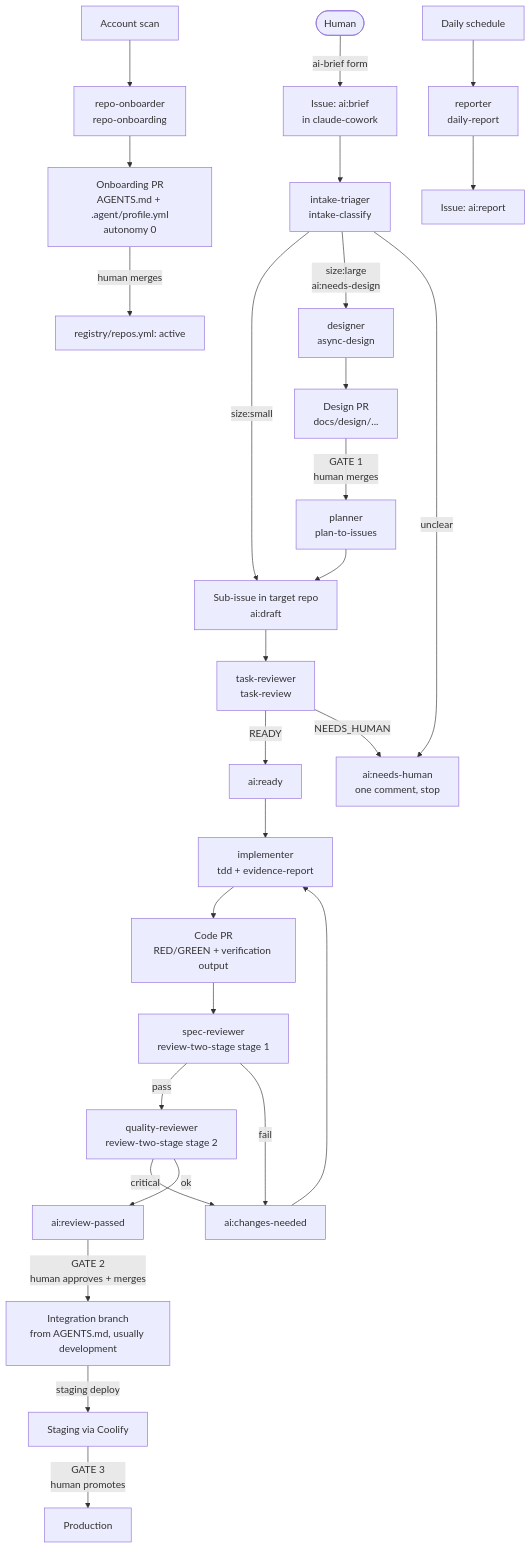
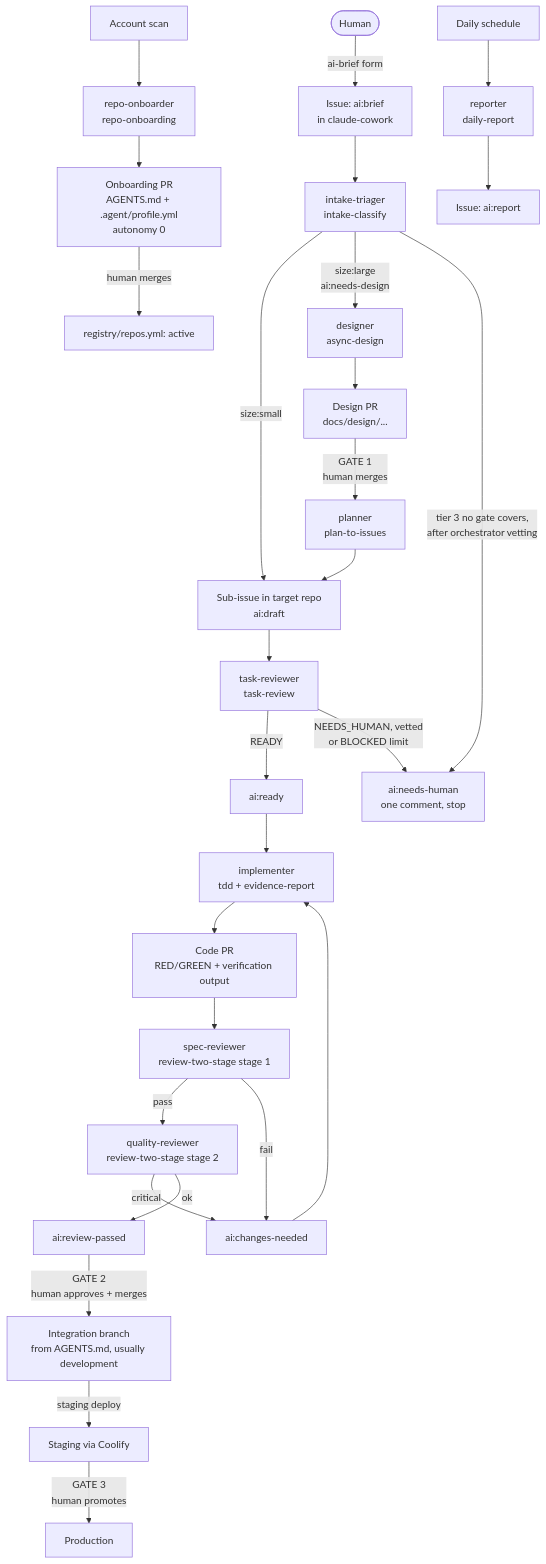
One commit to altaprimadev/claude-cowork changed the diagram in docs/architecture.md. Above: the diagram before and after it, drawn with Mermaid. The commit also changed 5 other files, not shown here.

````diff
--- a/docs/architecture.md
+++ b/docs/architecture.md
@@ -41,32 +41,32 @@
 ```mermaid
 flowchart TD
     H([Human]) -->|ai-brief form| B[Issue: ai:brief<br/>in claude-cowork]
     B --> T[intake-triager<br/>intake-classify]
     T -->|size:small| DR[Sub-issue in target repo<br/>ai:draft]
     T -->|size:large<br/>ai:needs-design| D[designer<br/>async-design]
-    T -->|unclear| NH[ai:needs-human<br/>one comment, stop]
+    T -->|tier 3 no gate covers,<br/>after orchestrator vetting| NH[ai:needs-human<br/>one comment, stop]
     D --> DPR[Design PR<br/>docs/design/...]
     DPR -->|GATE 1<br/>human merges| P[planner<br/>plan-to-issues]
     P --> DR
     DR --> TR[task-reviewer<br/>task-review]
     TR -->|READY| R[ai:ready]
-    TR -->|NEEDS_HUMAN| NH
+    TR -->|NEEDS_HUMAN, vetted<br/>or BLOCKED limit| NH
     R --> I[implementer<br/>tdd + evidence-report]
     I --> PR[Code PR<br/>RED/GREEN + verification output]
     PR --> S1[spec-reviewer<br/>review-two-stage stage 1]
     S1 -->|pass| S2[quality-reviewer<br/>review-two-stage stage 2]
     S1 -->|fail| CN[ai:changes-needed]
     S2 -->|critical| CN
     CN --> I
     S2 -->|ok| RP[ai:review-passed]
     RP -->|GATE 2<br/>human approves + merges| M[Integration branch<br/>from AGENTS.md, usually development]
     M -->|staging deploy| STG[Staging via Coolify]
     STG -->|GATE 3<br/>human promotes| PROD[Production]
 
     N[Account scan] --> O[repo-onboarder<br/>repo-onboarding]
     O --> OPR[Onboarding PR<br/>AGENTS.md + .agent/profile.yml<br/>autonomy 0]
     OPR -->|human merges| REG[registry/repos.yml: active]
 
     CRON[Daily schedule] --> REP[reporter<br/>daily-report]
     REP --> RI[Issue: ai:report]
 ```
````
